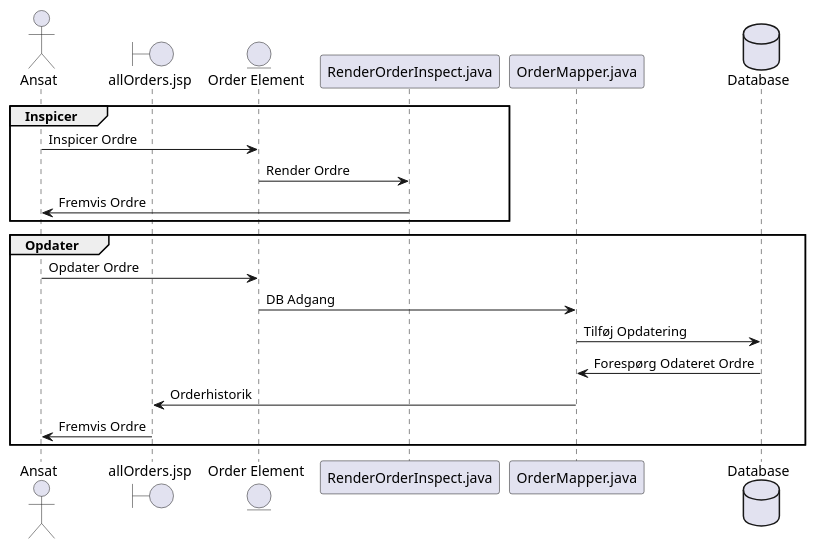
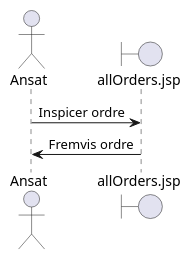
The diagram in src/main/java/UML/SequenceDiagram_InspectOrder.puml (NikolajX4000/Sem2Exam), drawn with PlantUML before and after one commit. The commit also changed 7 other files, not shown here.

Commit message:
Sequence DIagrammer fix

```diff
--- a/src/main/java/UML/SequenceDiagram_InspectOrder.puml
+++ b/src/main/java/UML/SequenceDiagram_InspectOrder.puml
@@ -1,25 +1,9 @@
 @startuml
 
 actor Ansat
-boundary "allOrders.jsp" as Orders
-entity "Order Element" as OE
-participant "RenderOrderInspect.java" as RO
-participant "OrderMapper.java" as OM
-database "Database" as DB
+boundary "allOrders.jsp" as AO
 
-group Inspicer
-Ansat -> OE : Inspicer Ordre 
-OE -> RO : Render Ordre
-RO -> Ansat : Fremvis Ordre
-end
-
-group Opdater
-Ansat -> OE : Opdater Ordre
-OE -> OM : DB Adgang
-OM -> DB : Tilføj Opdatering
-DB -> OM : Forespørg Odateret Ordre
-OM -> Orders : Orderhistorik
-Orders -> Ansat : Fremvis Ordre
-end
+Ansat -> AO : Inspicer ordre
+AO -> Ansat : Fremvis ordre
 
 @enduml
```
